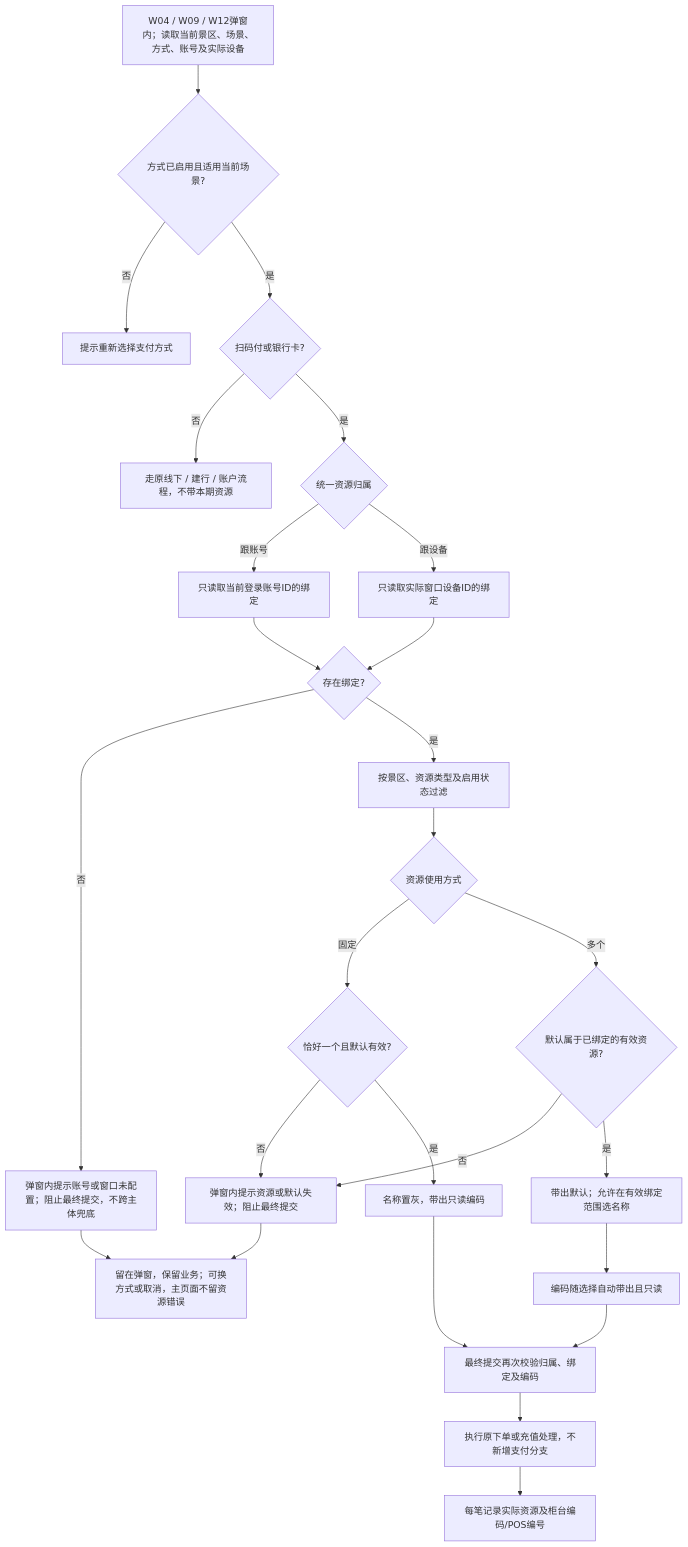
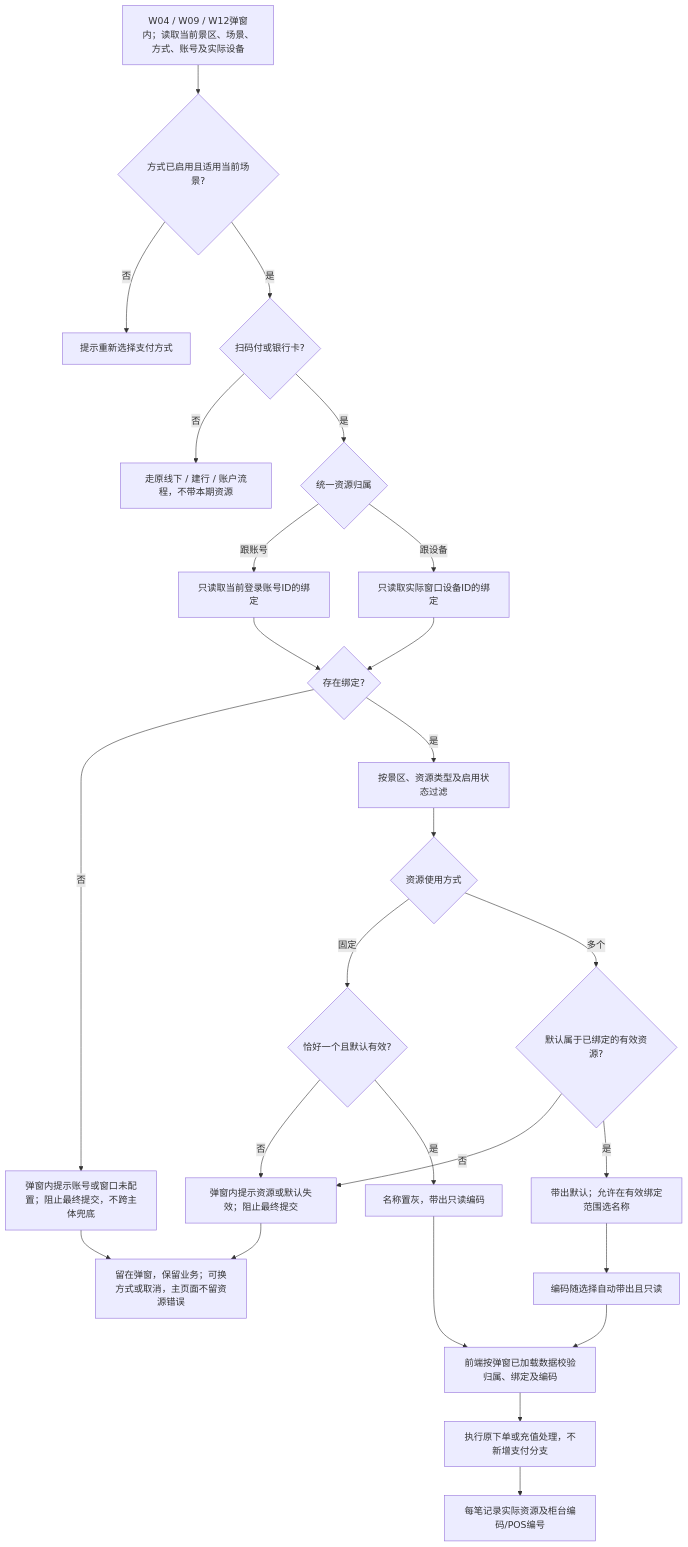
The fourth of 12 diagrams in dev-test-versions/2026-v3.6-payment-configuration-20261019/02-全程流程图.md (susantung/yanuoda), drawn with Mermaid before and after one commit. The commit also changed other lines of this file and 1205 other files, not shown here.

````diff
--- a/dev-test-versions/2026-v3.6-payment-configuration-20261019/02-全程流程图.md
+++ b/dev-test-versions/2026-v3.6-payment-configuration-20261019/02-全程流程图.md
@@ -116,28 +118,28 @@
 ```mermaid
 flowchart TB
   START[W04 / W09 / W12弹窗内；读取当前景区、场景、方式、账号及实际设备] --> PAY{方式已启用且适用当前场景?}
   PAY -->|否| NO[提示重新选择支付方式]
   PAY -->|是| NEED{扫码付或银行卡?}
   NEED -->|否| OTHER[走原线下 / 建行 / 账户流程，不带本期资源]
   NEED -->|是| OWNER{统一资源归属}
   OWNER -->|跟账号| A[只读取当前登录账号ID的绑定]
   OWNER -->|跟设备| D[只读取实际窗口设备ID的绑定]
   A --> EXIST{存在绑定?}
   D --> EXIST
   EXIST -->|否| MISSING[弹窗内提示账号或窗口未配置；阻止最终提交，不跨主体兜底]
   EXIST -->|是| FILTER[按景区、资源类型及启用状态过滤]
   FILTER --> MODE{资源使用方式}
   MODE -->|固定| FIX{恰好一个且默认有效?}
   MODE -->|多个| MULTI{默认属于已绑定的有效资源?}
   FIX -->|否| FAIL[弹窗内提示资源或默认失效；阻止最终提交]
   MULTI -->|否| FAIL
   FIX -->|是| READ[名称置灰，带出只读编码]
   MULTI -->|是| SELECT[带出默认；允许在有效绑定范围选名称]
   SELECT --> CODE[编码随选择自动带出且只读]
-  READ --> SUBMIT[最终提交再次校验归属、绑定及编码]
+  READ --> SUBMIT[前端按弹窗已加载数据校验归属、绑定及编码]
   CODE --> SUBMIT
   SUBMIT --> ORIGINAL[执行原下单或充值处理，不新增支付分支]
   ORIGINAL --> SNAP[每笔记录实际资源及柜台编码/POS编号]
   MISSING --> KEEP[留在弹窗，保留业务；可换方式或取消，主页面不留资源错误]
   FAIL --> KEEP
 ```
````
